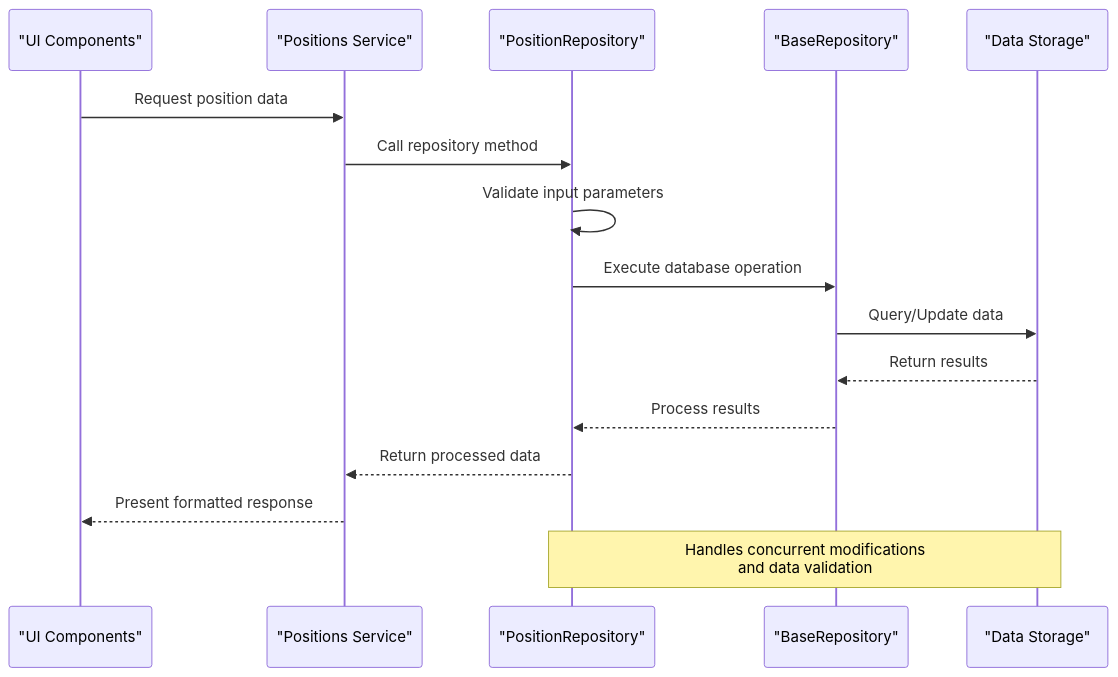
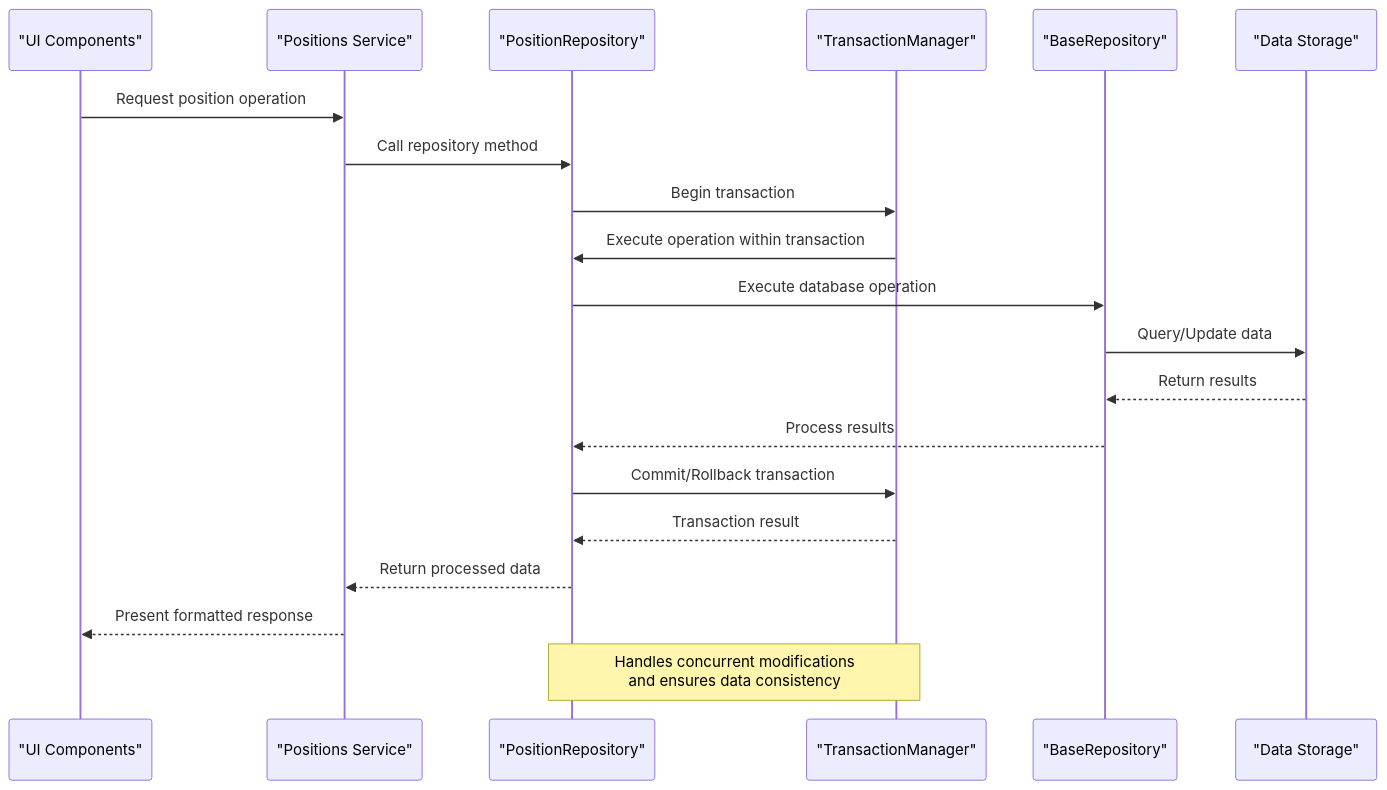
Before and after one commit to iliyas77/MTF-monitor: the second of 7 diagrams in .qoder/repowiki/en/content/API Reference/Repository API/Position Repository.md, drawn with Mermaid. The commit also changed other lines of this file and 69 other files, not shown here.

````diff
--- a/.qoder/repowiki/en/content/API Reference/Repository API/Position Repository.md
+++ b/.qoder/repowiki/en/content/API Reference/Repository API/Position Repository.md
@@ -95,18 +114,22 @@
 ```mermaid
 sequenceDiagram
 participant UI as "UI Components"
 participant Service as "Positions Service"
 participant Repo as "PositionRepository"
+participant Txn as "TransactionManager"
 participant Base as "BaseRepository"
 participant Storage as "Data Storage"
-UI->>Service : Request position data
+UI->>Service : Request position operation
 Service->>Repo : Call repository method
-Repo->>Repo : Validate input parameters
+Repo->>Txn : Begin transaction
+Txn->>Repo : Execute operation within transaction
 Repo->>Base : Execute database operation
 Base->>Storage : Query/Update data
 Storage-->>Base : Return results
 Base-->>Repo : Process results
+Repo->>Txn : Commit/Rollback transaction
+Txn-->>Repo : Transaction result
 Repo-->>Service : Return processed data
 Service-->>UI : Present formatted response
-Note over Repo,Storage : Handles concurrent modifications<br/>and data validation
+Note over Repo,Txn : Handles concurrent modifications<br/>and ensures data consistency
 ```
````
